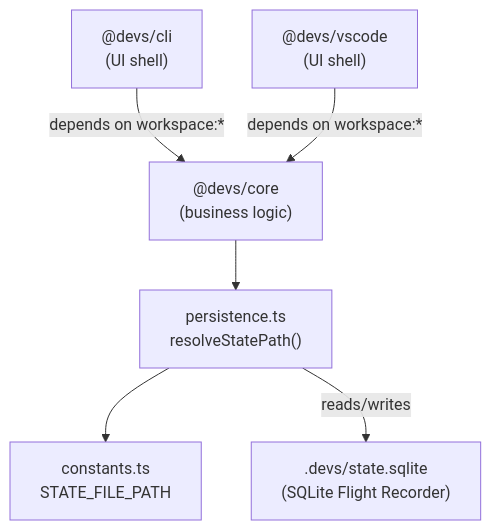
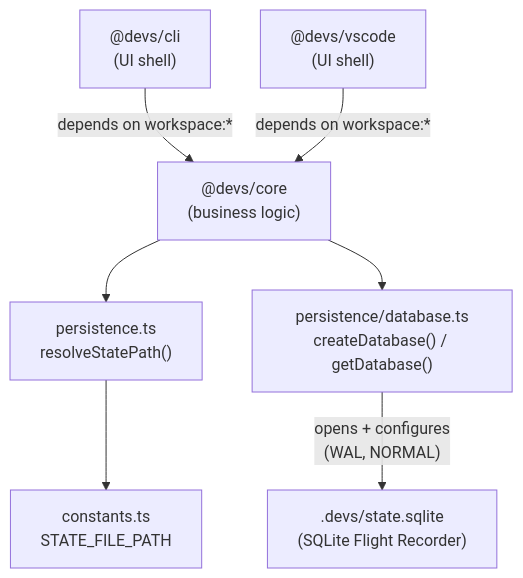
One commit to spwilson27/devs changed the diagram in docs/architecture/state_sharing.md. Above: the diagram before and after it, drawn with Mermaid. The commit also changed other lines of this file and 11 other files, not shown here.

Commit message:
phase_1:02_sqlite_schema_persistence_layer/01_initialize_persistence_layer.md: Initialize Persistence Layer & Zero-Dependency Storage

````diff
--- a/docs/architecture/state_sharing.md
+++ b/docs/architecture/state_sharing.md
@@ -93,15 +122,17 @@
 ```mermaid
 graph TD
     CLI["@devs/cli<br/>(UI shell)"]
     VSCODE["@devs/vscode<br/>(UI shell)"]
     CORE["@devs/core<br/>(business logic)"]
     PERSISTENCE["persistence.ts<br/>resolveStatePath()"]
     CONSTANTS["constants.ts<br/>STATE_FILE_PATH"]
     SQLITE[".devs/state.sqlite<br/>(SQLite Flight Recorder)"]
 
     CLI -->|"depends on workspace:*"| CORE
     VSCODE -->|"depends on workspace:*"| CORE
     CORE --> PERSISTENCE
     PERSISTENCE --> CONSTANTS
-    PERSISTENCE -->|"reads/writes"| SQLITE
+    CORE --> DATABASE
+    DATABASE["persistence/database.ts<br/>createDatabase() / getDatabase()"]
+    DATABASE -->|"opens + configures<br/>(WAL, NORMAL)"| SQLITE
 ```
````
